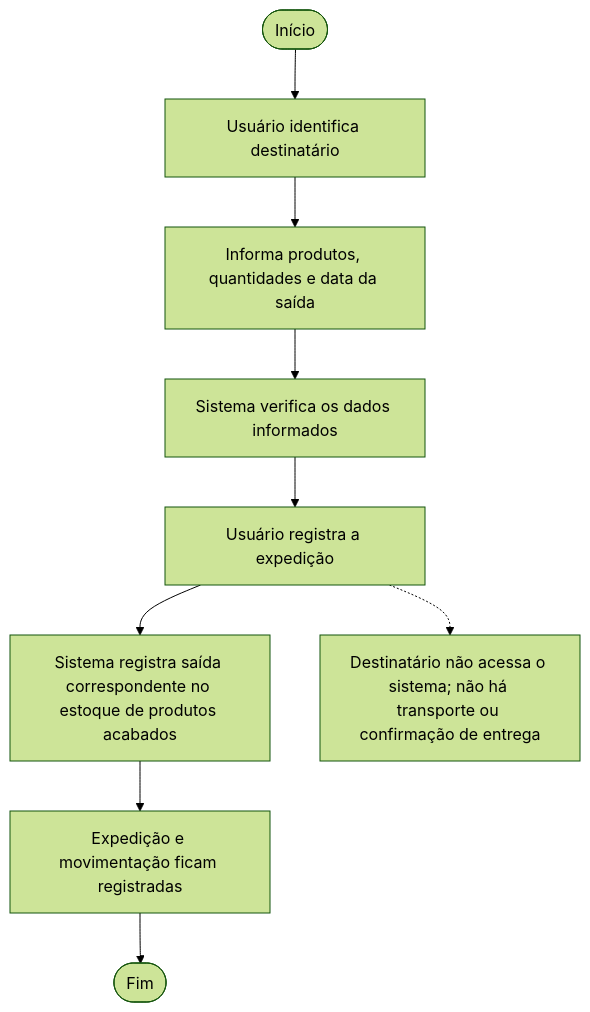
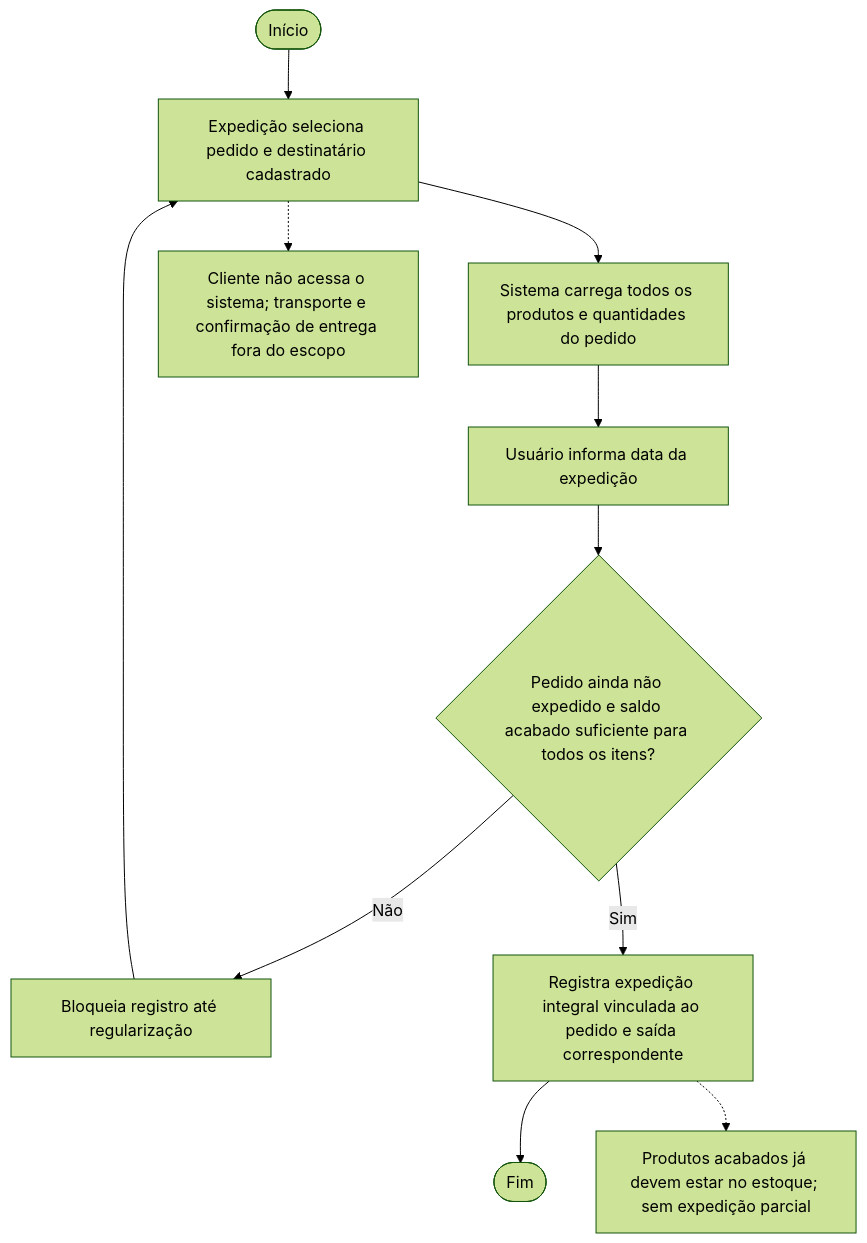
One commit to edumoreira7/TCC---Gestao-Integrada changed the diagram in docs/03-modelagem/atividades/atividade-expedicao.mmd. Above: the diagram before and after it, drawn with Mermaid (forest theme). The commit also changed 13 other files, not shown here.

```diff
--- a/docs/03-modelagem/atividades/atividade-expedicao.mmd
+++ b/docs/03-modelagem/atividades/atividade-expedicao.mmd
@@ -1,9 +1,11 @@
 flowchart TD
-    A([Início]) --> B[Usuário identifica destinatário]
-    B --> C[Informa produtos, quantidades e data da saída]
-    C --> D[Sistema verifica os dados informados]
-    D --> E[Usuário registra a expedição]
-    E --> F[Sistema registra saída correspondente no estoque de produtos acabados]
-    F --> G[Expedição e movimentação ficam registradas]
+    A([Início]) --> B[Expedição seleciona pedido e destinatário cadastrado]
+    B --> C[Sistema carrega todos os produtos e quantidades do pedido]
+    C --> D[Usuário informa data da expedição]
+    D --> E{Pedido ainda não expedido e saldo acabado suficiente para todos os itens?}
+    E -- Não --> F[Bloqueia registro até regularização]
+    F --> B
+    E -- Sim --> G[Registra expedição integral vinculada ao pedido e saída correspondente]
     G --> H([Fim])
-    E -.-> N[Destinatário não acessa o sistema; não há transporte ou confirmação de entrega]
+    G -.-> I[Produtos acabados já devem estar no estoque; sem expedição parcial]
+    B -.-> J[Cliente não acessa o sistema; transporte e confirmação de entrega fora do escopo]
```
